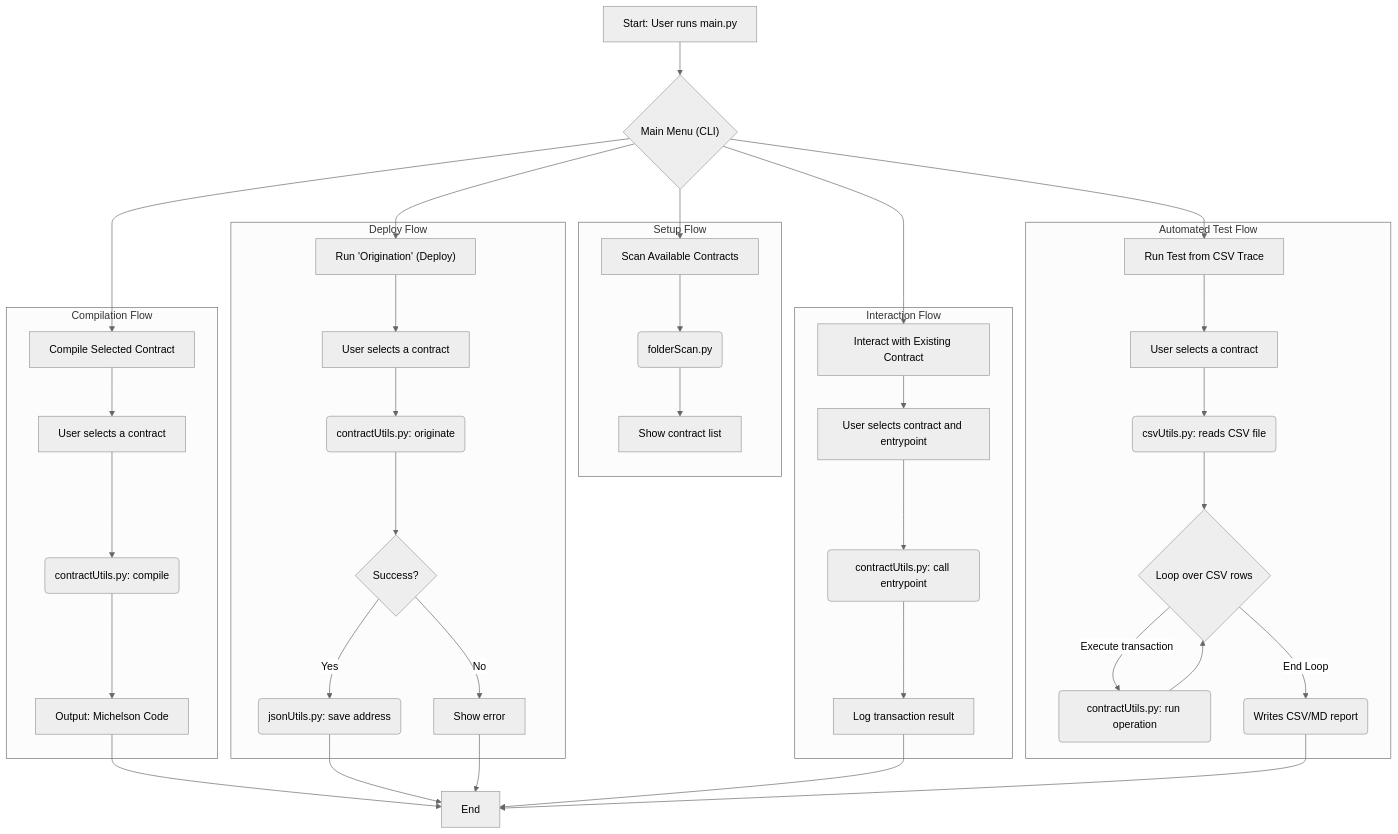
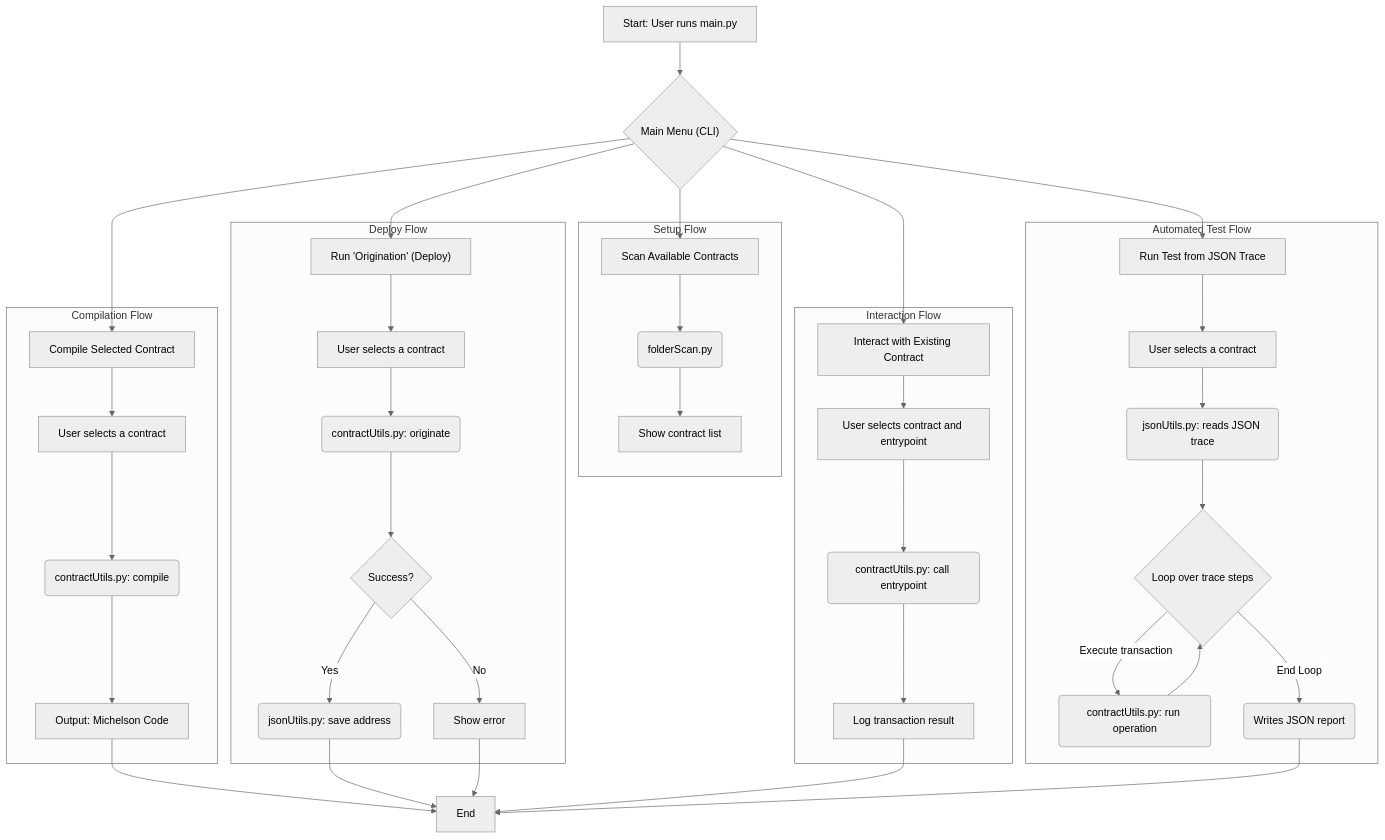
The diagram in modules/Tezos_module/toolchain/README.md (TheMastro-11/Tezos-ToolchainModule), drawn with Mermaid (neutral theme) before and after one commit. The commit also changed other lines of this file and 23 other files, not shown here.

````diff
--- a/modules/Tezos_module/toolchain/README.md
+++ b/modules/Tezos_module/toolchain/README.md
@@ -69,52 +68,52 @@
 ```mermaid
 graph TD
     A["Start: User runs main.py"] --> B{"Main Menu (CLI)"}
     
     B --> C["Scan Available Contracts"]
     B --> D["Compile Selected Contract"]
     B --> E["Run 'Origination' (Deploy)"]
     B --> F["Interact with Existing Contract"]
-    B --> G["Run Test from CSV Trace"]
+    B --> G["Run Test from JSON Trace"]
 
     subgraph "Setup Flow"
         C --> C1("folderScan.py")
         C1 --> C2["Show contract list"]
     end
 
     subgraph "Compilation Flow"
         D --> D1["User selects a contract"]
         D1 --> D2("contractUtils.py: compile")
         D2 --> D3["Output: Michelson Code"]
     end
     
     subgraph "Deploy Flow"
         E --> E1["User selects a contract"]
         E1 --> E2("contractUtils.py: originate")
         E2 --> E3{"Success?"}
         E3 -->|Yes| E4("jsonUtils.py: save address")
         E3 -->|No| E5["Show error"]
     end
 
     subgraph "Interaction Flow"
         F --> F1["User selects contract and entrypoint"]
         F1 --> F2("contractUtils.py: call entrypoint")
         F2 --> F3["Log transaction result"]
     end
 
     subgraph "Automated Test Flow"
         G --> G1["User selects a contract"]
-        G1 --> G2("csvUtils.py: reads CSV file")
-        G2 --> G3{"Loop over CSV rows"}
+        G1 --> G2("jsonUtils.py: reads JSON trace")
+        G2 --> G3{"Loop over trace steps"}
         G3 -->|"Execute transaction"| G4("contractUtils.py: run operation")
         G4 --> G3
-        G3 -->|"End Loop"| G5("Writes CSV/MD report")
+        G3 -->|"End Loop"| G5("Writes JSON report")
     end
 
     Z[End]
     D3 --> Z
     E4 --> Z
     E5 --> Z
     F3 --> Z
     G5 --> Z
 
 ```
````
